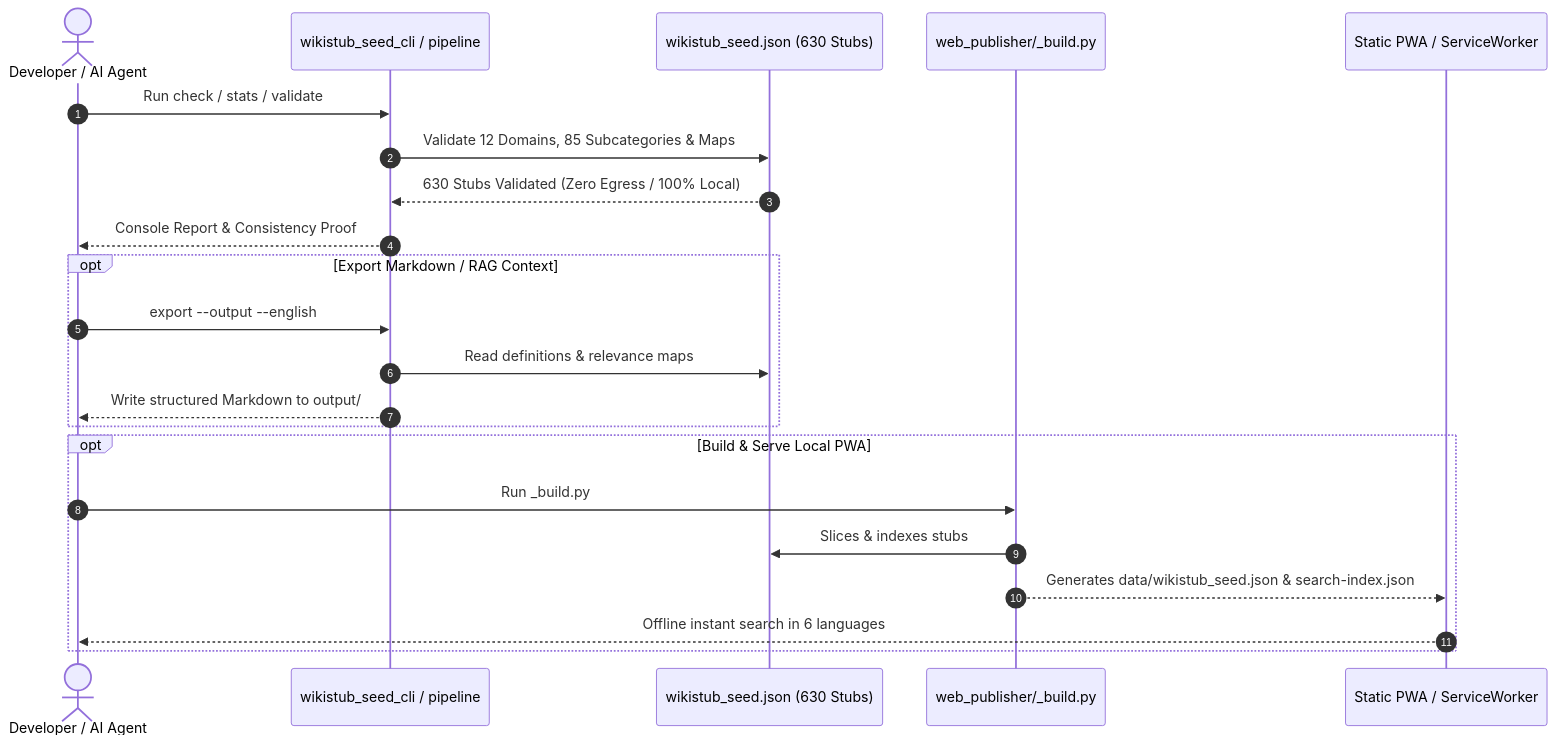
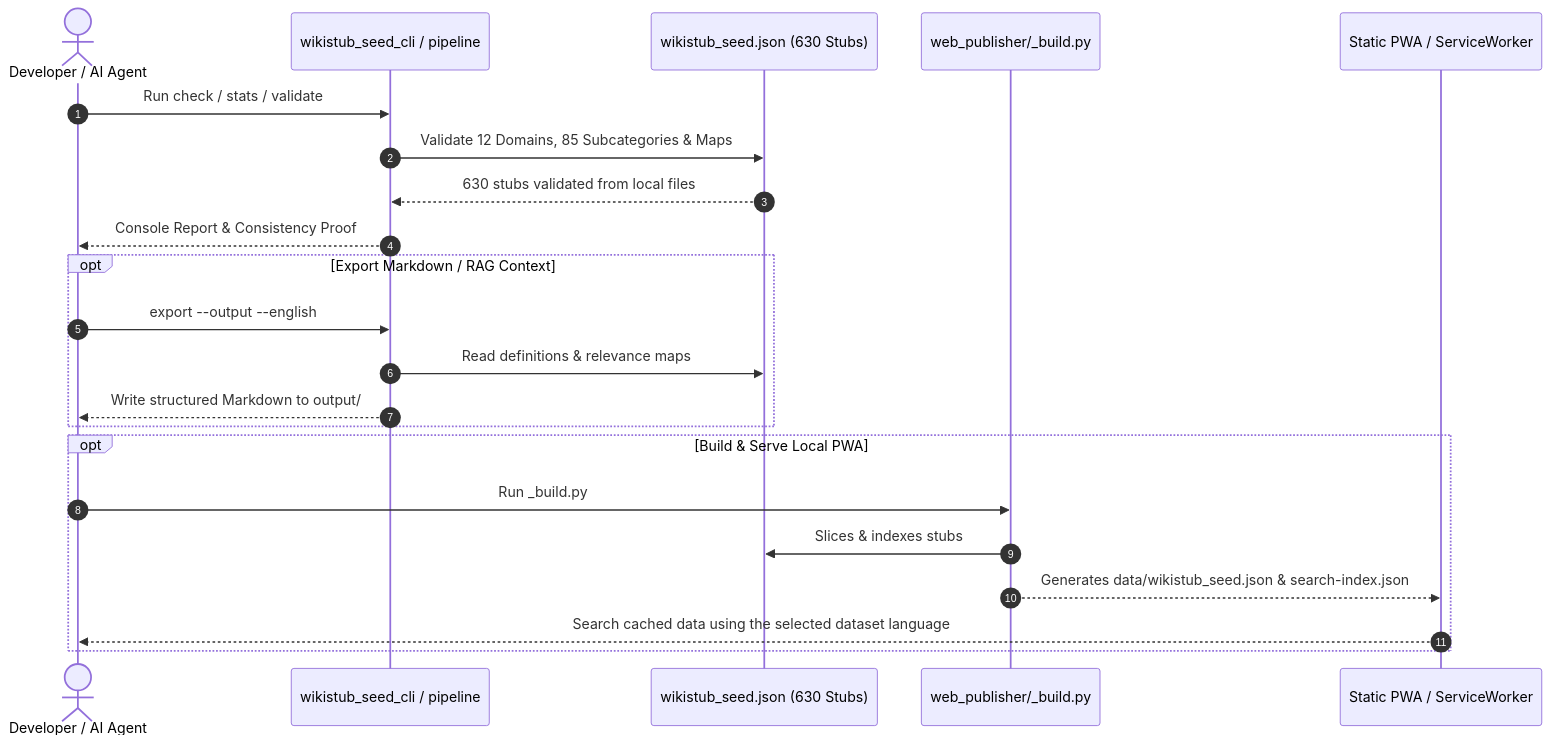
The second of 2 diagrams in README.md (dev-bricks/WikiStub-Seed), drawn with Mermaid before and after one commit. The commit also changed other lines of this file and 32 other files, not shown here.

````diff
--- a/README.md
+++ b/README.md
@@ -122,27 +115,27 @@
 ```mermaid
 sequenceDiagram
     autonumber
     actor User as Developer / AI Agent
     participant CLI as wikistub_seed_cli / pipeline
     participant Data as wikistub_seed.json (630 Stubs)
     participant Builder as web_publisher/_build.py
     participant PWA as Static PWA / ServiceWorker
     
     User->>CLI: Run check / stats / validate
     CLI->>Data: Validate 12 Domains, 85 Subcategories & Maps
-    Data-->>CLI: 630 Stubs Validated (Zero Egress / 100% Local)
+    Data-->>CLI: 630 stubs validated from local files
     CLI-->>User: Console Report & Consistency Proof
     
     opt Export Markdown / RAG Context
         User->>CLI: export --output --english
         CLI->>Data: Read definitions & relevance maps
         CLI-->>User: Write structured Markdown to output/
     end
     
     opt Build & Serve Local PWA
         User->>Builder: Run _build.py
         Builder->>Data: Slices & indexes stubs
         Builder-->>PWA: Generates data/wikistub_seed.json & search-index.json
-        PWA-->>User: Offline instant search in 6 languages
+        PWA-->>User: Search cached data using the selected dataset language
     end
 ```
````
